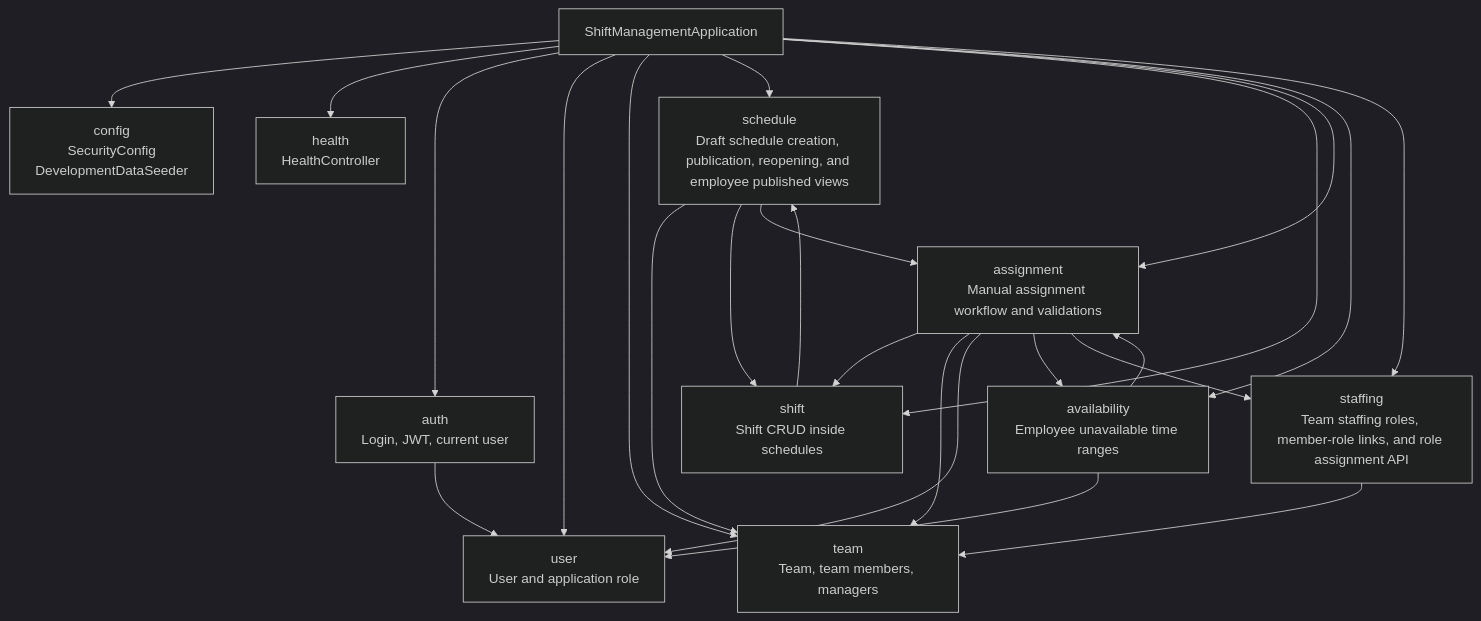
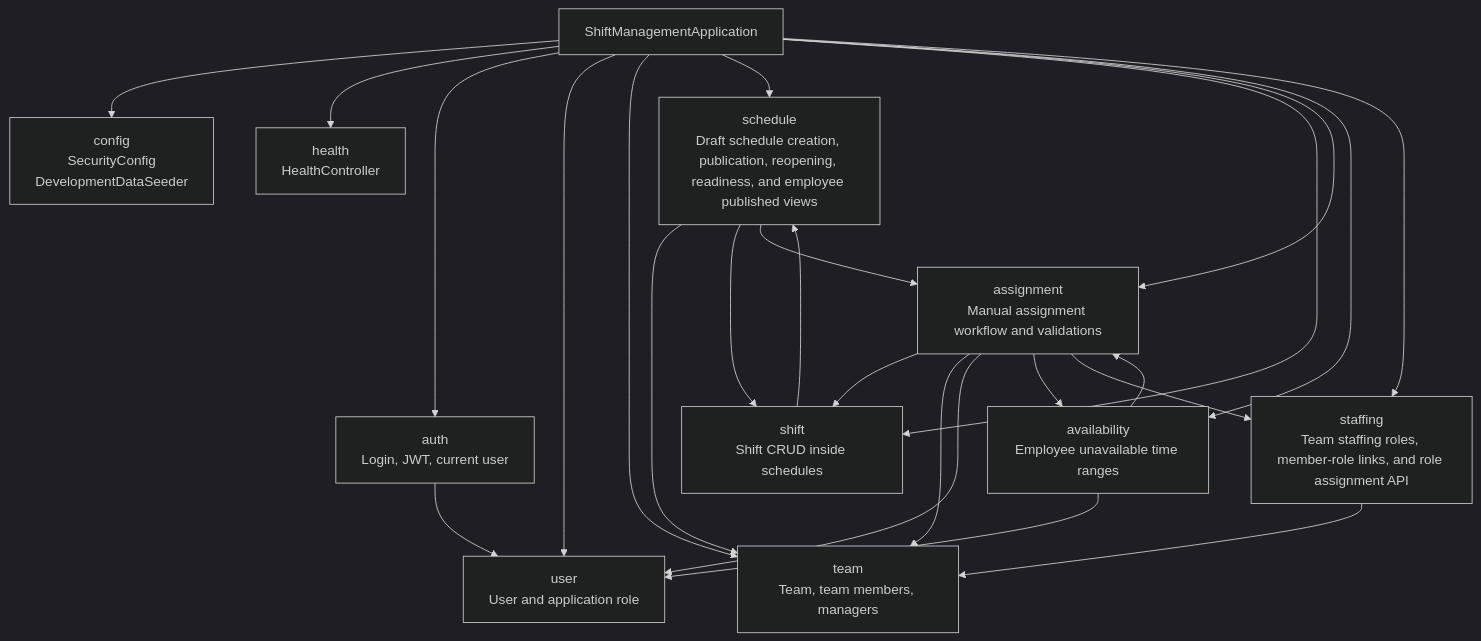
The second of 14 diagrams in docs/current-backend-architecture.md (HiliMor/shift-management-system), drawn with Mermaid (dark theme) before and after one commit. The commit also changed other lines of this file and 8 other files, not shown here.

Commit message:
Add publication readiness report

````diff
--- a/docs/current-backend-architecture.md
+++ b/docs/current-backend-architecture.md
@@ -30,40 +30,40 @@
 ```mermaid
 flowchart TD
     app["ShiftManagementApplication"]
 
     config["config<br/>SecurityConfig<br/>DevelopmentDataSeeder"]
     health["health<br/>HealthController"]
     auth["auth<br/>Login, JWT, current user"]
     user["user<br/>User and application role"]
     team["team<br/>Team, team members, managers"]
-    schedule["schedule<br/>Draft schedule creation, publication, reopening, and employee published views"]
+    schedule["schedule<br/>Draft schedule creation, publication, reopening, readiness, and employee published views"]
     shift["shift<br/>Shift CRUD inside schedules"]
     assignment["assignment<br/>Manual assignment workflow and validations"]
     availability["availability<br/>Employee unavailable time ranges"]
     staffing["staffing<br/>Team staffing roles, member-role links, and role assignment API"]
 
     app --> config
     app --> health
     app --> auth
     app --> user
     app --> team
     app --> schedule
     app --> shift
     app --> assignment
     app --> availability
     app --> staffing
 
     auth --> user
     schedule --> team
     schedule --> shift
     schedule --> assignment
     shift --> schedule
     assignment --> shift
     assignment --> team
     assignment --> user
     assignment --> availability
     assignment --> staffing
     availability --> user
     availability --> assignment
     staffing --> team
 ```
````
